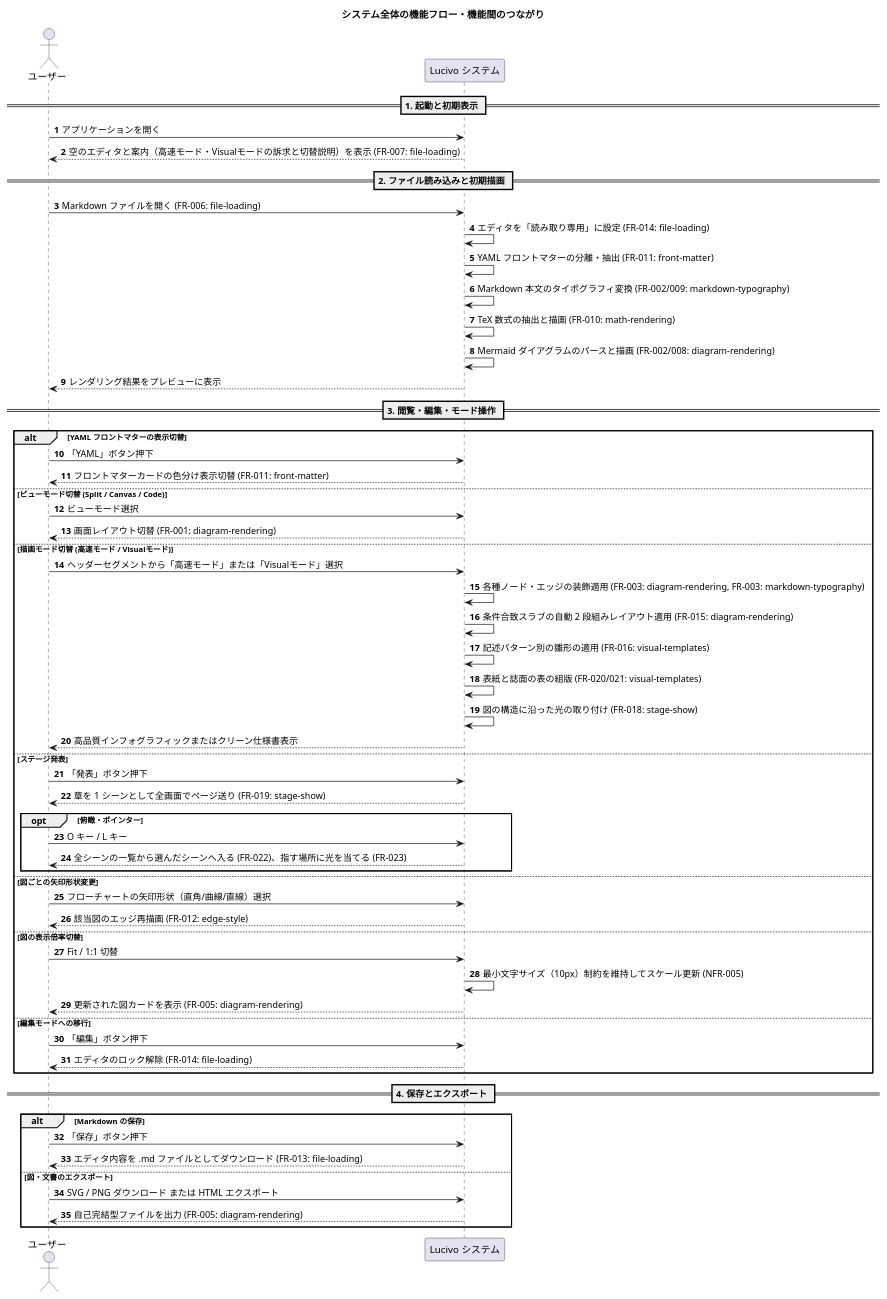
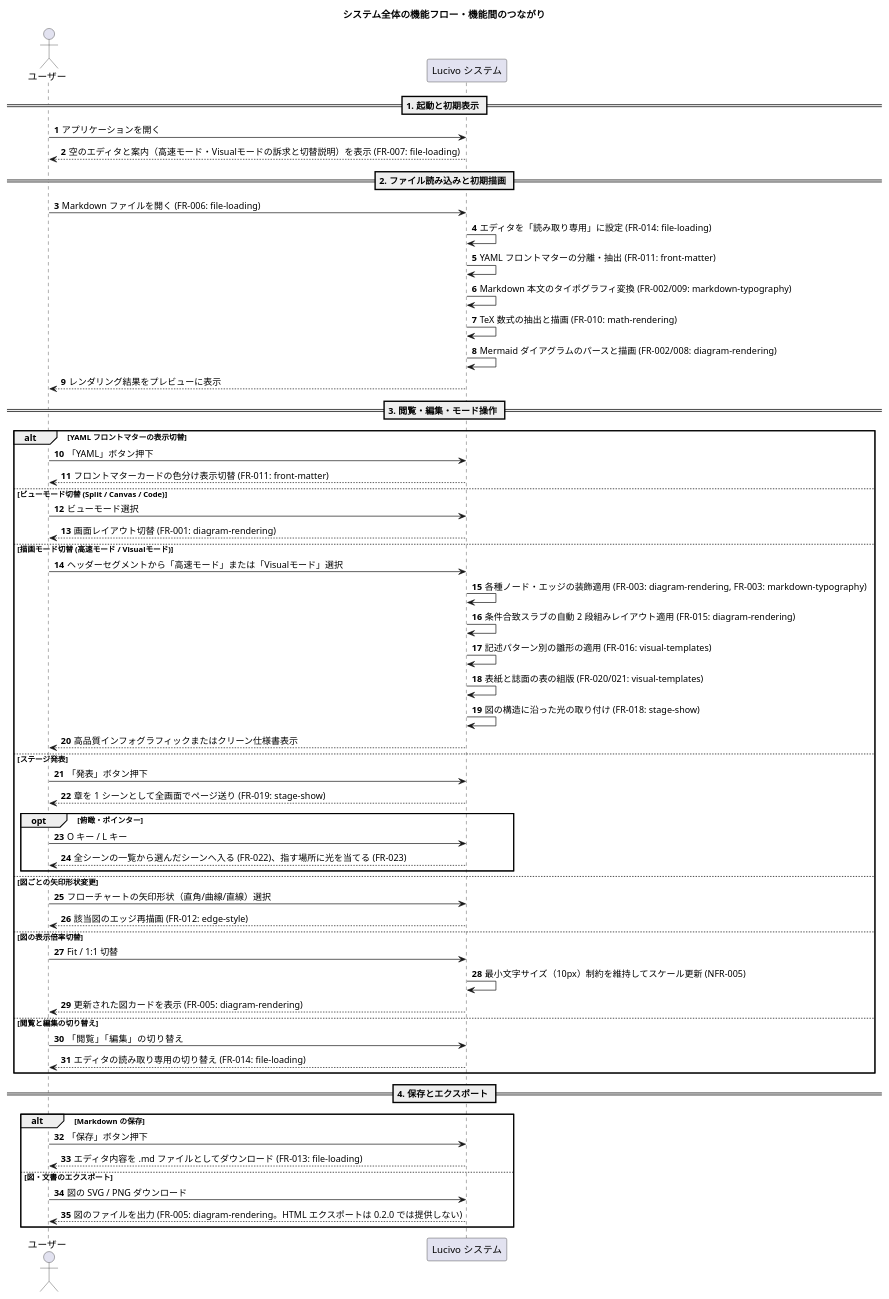
Before and after one commit to prankster-freedom/Lucivo: the second of 2 diagrams in doc/1.SRS.md, drawn with PlantUML. The commit also changed other lines of this file and 15 other files, not shown here.

````diff
--- a/doc/1.SRS.md
+++ b/doc/1.SRS.md
@@ -134,64 +134,64 @@
 ```plantuml
 @startuml
 title システム全体の機能フロー・機能間のつながり
 autonumber
 actor "ユーザー" as User
 participant "Lucivo システム" as App
 
 == 1. 起動と初期表示 ==
 User -> App: アプリケーションを開く
 App --> User: 空のエディタと案内（高速モード・Visualモードの訴求と切替説明）を表示 (FR-007: file-loading)
 
 == 2. ファイル読み込みと初期描画 ==
 User -> App: Markdown ファイルを開く (FR-006: file-loading)
 App -> App: エディタを「読み取り専用」に設定 (FR-014: file-loading)
 App -> App: YAML フロントマターの分離・抽出 (FR-011: front-matter)
 App -> App: Markdown 本文のタイポグラフィ変換 (FR-002/009: markdown-typography)
 App -> App: TeX 数式の抽出と描画 (FR-010: math-rendering)
 App -> App: Mermaid ダイアグラムのパースと描画 (FR-002/008: diagram-rendering)
 App --> User: レンダリング結果をプレビューに表示
 
 == 3. 閲覧・編集・モード操作 ==
 alt YAML フロントマターの表示切替
   User -> App: 「YAML」ボタン押下
   App --> User: フロントマターカードの色分け表示切替 (FR-011: front-matter)
 else ビューモード切替 (Split / Canvas / Code)
   User -> App: ビューモード選択
   App --> User: 画面レイアウト切替 (FR-001: diagram-rendering)
 else 描画モード切替 (高速モード / Visualモード)
   User -> App: ヘッダーセグメントから「高速モード」または「Visualモード」選択
   App -> App: 各種ノード・エッジの装飾適用 (FR-003: diagram-rendering, FR-003: markdown-typography)
   App -> App: 条件合致スラブの自動 2 段組みレイアウト適用 (FR-015: diagram-rendering)
   App -> App: 記述パターン別の雛形の適用 (FR-016: visual-templates)
   App -> App: 表紙と誌面の表の組版 (FR-020/021: visual-templates)
   App -> App: 図の構造に沿った光の取り付け (FR-018: stage-show)
   App --> User: 高品質インフォグラフィックまたはクリーン仕様書表示
 else ステージ発表
   User -> App: 「発表」ボタン押下
   App --> User: 章を 1 シーンとして全画面でページ送り (FR-019: stage-show)
   opt 俯瞰・ポインター
     User -> App: O キー / L キー
     App --> User: 全シーンの一覧から選んだシーンへ入る (FR-022)、指す場所に光を当てる (FR-023)
   end
 else 図ごとの矢印形状変更
   User -> App: フローチャートの矢印形状（直角/曲線/直線）選択
   App --> User: 該当図のエッジ再描画 (FR-012: edge-style)
 else 図の表示倍率切替
   User -> App: Fit / 1:1 切替
   App -> App: 最小文字サイズ（10px）制約を維持してスケール更新 (NFR-005)
   App --> User: 更新された図カードを表示 (FR-005: diagram-rendering)
-else 編集モードへの移行
-  User -> App: 「編集」ボタン押下
-  App --> User: エディタのロック解除 (FR-014: file-loading)
+else 閲覧と編集の切り替え
+  User -> App: 「閲覧」「編集」の切り替え
+  App --> User: エディタの読み取り専用の切り替え (FR-014: file-loading)
 end
 
 == 4. 保存とエクスポート ==
 alt Markdown の保存
   User -> App: 「保存」ボタン押下
   App --> User: エディタ内容を .md ファイルとしてダウンロード (FR-013: file-loading)
 else 図・文書のエクスポート
-  User -> App: SVG / PNG ダウンロード または HTML エクスポート
-  App --> User: 自己完結型ファイルを出力 (FR-005: diagram-rendering)
+  User -> App: 図の SVG / PNG ダウンロード
+  App --> User: 図のファイルを出力 (FR-005: diagram-rendering。HTML エクスポートは 0.2.0 では提供しない)
 end
 @enduml
 ```
````
